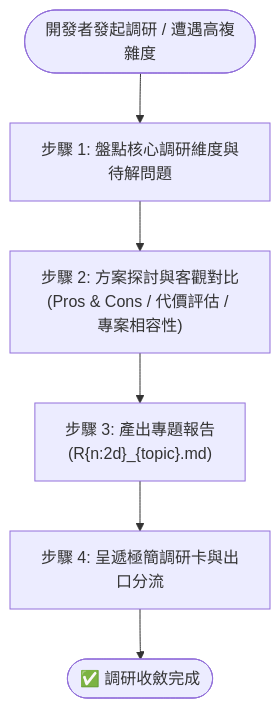
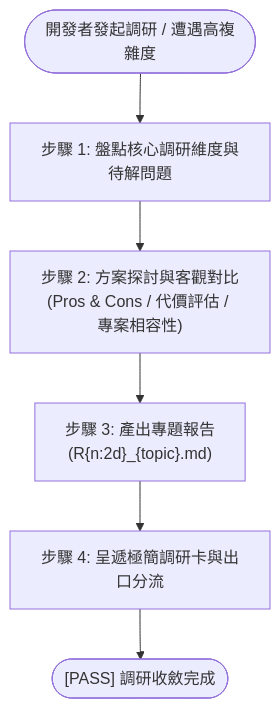
One commit to ysnaive/ys-codebase changed the diagram in ys_codebase/source/agents-workflow/assets/workflows/Research.md. Above: the diagram before and after it, drawn with Mermaid. The commit also changed other lines of this file and 100 other files, not shown here.

````diff
--- a/ys_codebase/source/agents-workflow/assets/workflows/Research.md
+++ b/ys_codebase/source/agents-workflow/assets/workflows/Research.md
@@ -20,8 +20,8 @@
 ```mermaid
 flowchart TD
     Start(["開發者發起調研 / 遭遇高複雜度"]) --> Step1["步驟 1: 盤點核心調研維度與待解問題"]
     Step1 --> Step2["步驟 2: 方案探討與客觀對比<br/>(Pros & Cons / 代價評估 / 專案相容性)"]
     Step2 --> Step3["步驟 3: 產出專題報告<br/>(R{n:2d}_{topic}.md)"]
     Step3 --> Step4["步驟 4: 呈遞極簡調研卡與出口分流"]
-    Step4 --> Done(["✅ 調研收斂完成"])
+    Step4 --> Done(["[PASS] 調研收斂完成"])
 ```
````
